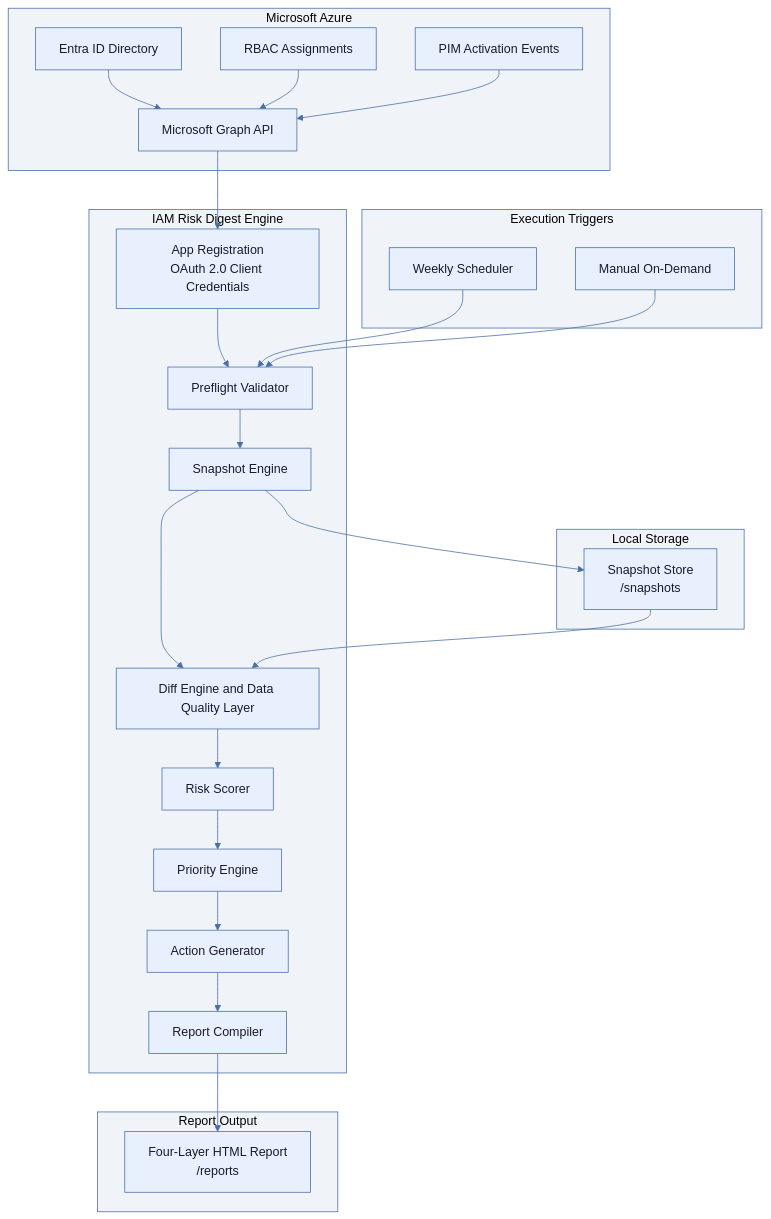
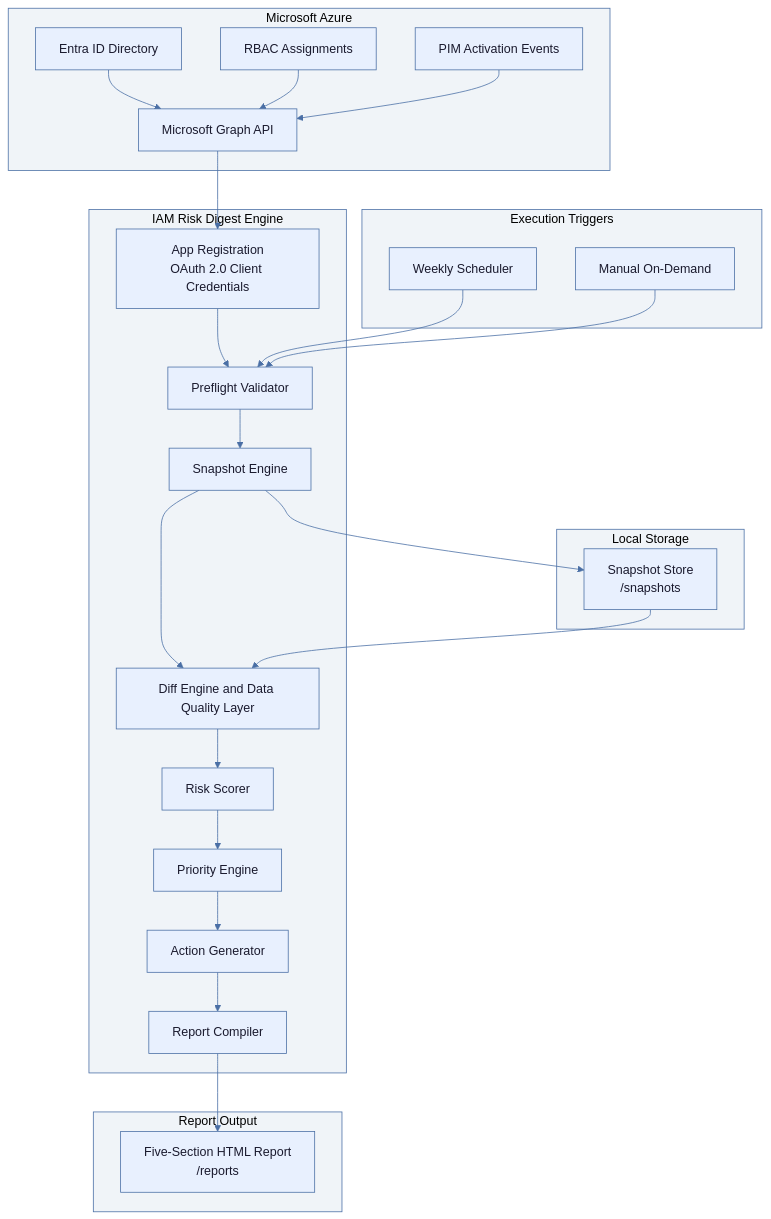
One commit to ishita-malik1/IAM changed the diagram in README.md. Above: the diagram before and after it, drawn with Mermaid. The commit also changed other lines of this file, not shown here.

````diff
--- a/README.md
+++ b/README.md
@@ -105,51 +76,51 @@
 ```mermaid
 %%{init: {'theme': 'base', 'themeVariables': {'primaryColor': '#e8f0fe', 'primaryTextColor': '#1a1a2e', 'primaryBorderColor': '#4a6fa5', 'lineColor': '#4a6fa5', 'secondaryColor': '#f0f4f8', 'tertiaryColor': '#ffffff', 'clusterBkg': '#f0f4f8', 'clusterBorder': '#4a6fa5', 'edgeLabelBackground': '#ffffff', 'fontFamily': 'sans-serif'}}}%%
 graph TD
     subgraph Azure["Microsoft Azure"]
         A[Entra ID Directory]
         B[Microsoft Graph API]
         C[RBAC Assignments]
         D[PIM Activation Events]
     end
 
     subgraph Engine["IAM Risk Digest Engine"]
         E[App Registration\nOAuth 2.0 Client Credentials]
         F[Preflight Validator]
         G[Snapshot Engine]
         H[Diff Engine and Data Quality Layer]
         I[Risk Scorer]
         J[Priority Engine]
         K[Action Generator]
         L[Report Compiler]
     end
 
     subgraph Storage["Local Storage"]
         M[Snapshot Store\n/snapshots]
     end
 
     subgraph Output["Report Output"]
-        N[Four-Layer HTML Report\n/reports]
+        N[Five-Section HTML Report\n/reports]
     end
 
     subgraph Trigger["Execution Triggers"]
         O[Weekly Scheduler]
         P[Manual On-Demand]
     end
 
     A --> B
     C --> B
     D --> B
     B --> E
     E --> F
     F --> G
     G --> H
     M --> H
     H --> I
     I --> J
     J --> K
     K --> L
     G --> M
     L --> N
     O --> F
     P --> F
 ```
````
